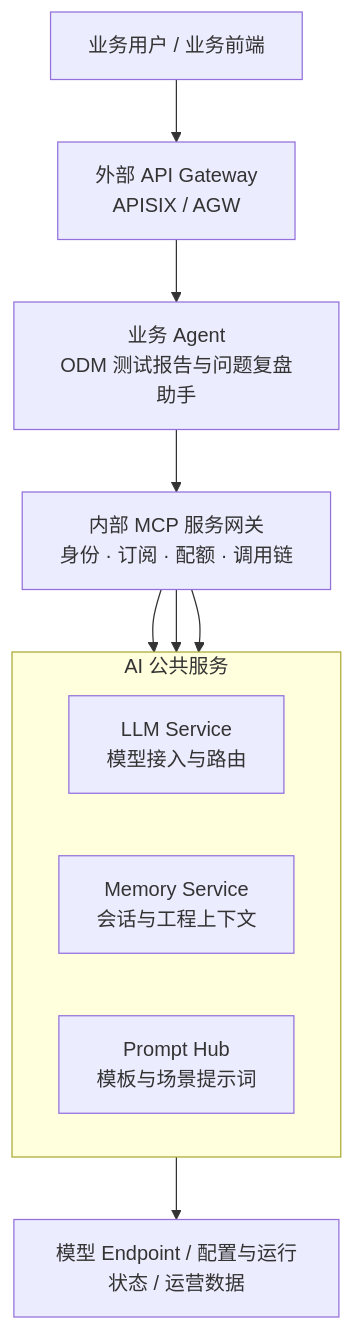
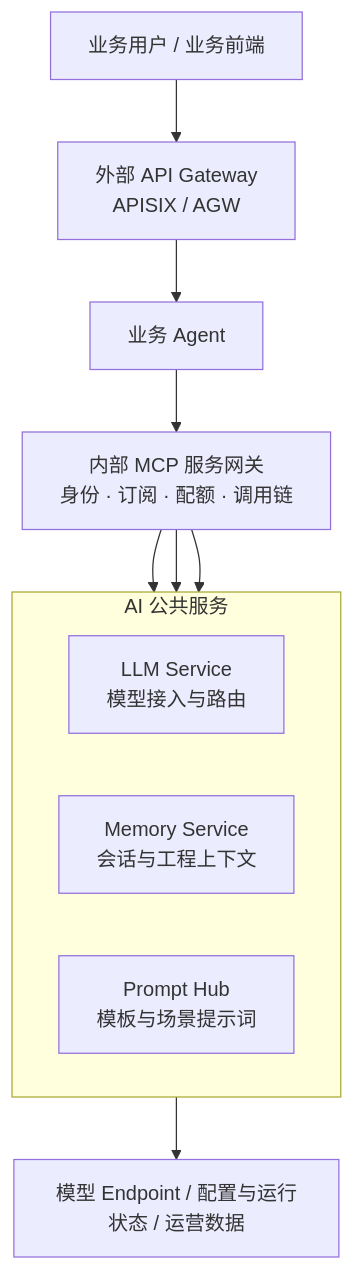
One commit to helloaiden0305/MultiAgentHub changed the diagram in README.md. Above: the diagram before and after it, drawn with Mermaid.

````diff
--- a/README.md
+++ b/README.md
@@ -22,21 +22,21 @@
 ```mermaid
 flowchart TB
     user["业务用户 / 业务前端"]
     edge["外部 API Gateway<br/>APISIX / AGW"]
-    agent["业务 Agent<br/>ODM 测试报告与问题复盘助手"]
+    agent["业务 Agent"]
     gateway["内部 MCP 服务网关<br/>身份 · 订阅 · 配额 · 调用链"]
 
     user --> edge --> agent --> gateway
 
     subgraph services["AI 公共服务"]
         direction LR
         llm["LLM Service<br/>模型接入与路由"]
         memory["Memory Service<br/>会话与工程上下文"]
         prompt["Prompt Hub<br/>模板与场景提示词"]
     end
 
     gateway --> llm
     gateway --> memory
     gateway --> prompt
     llm --> runtime["模型 Endpoint / 配置与运行状态 / 运营数据"]
 ```
````
